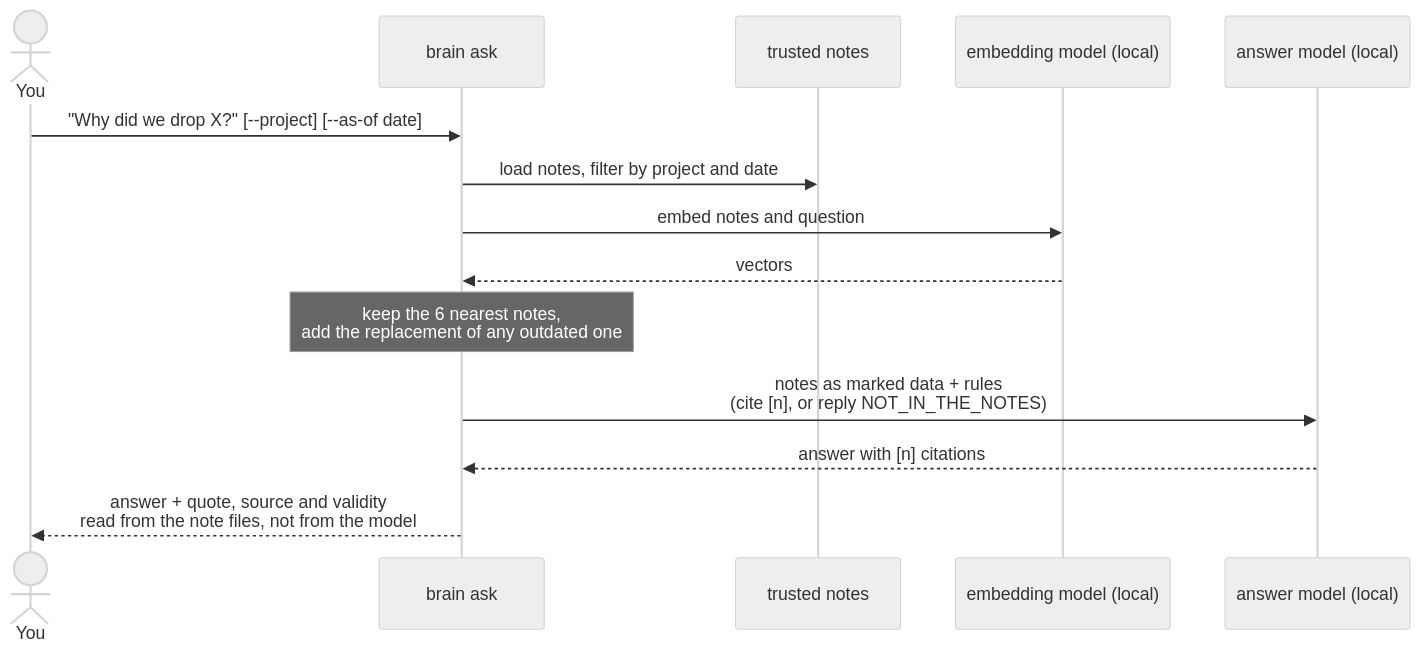
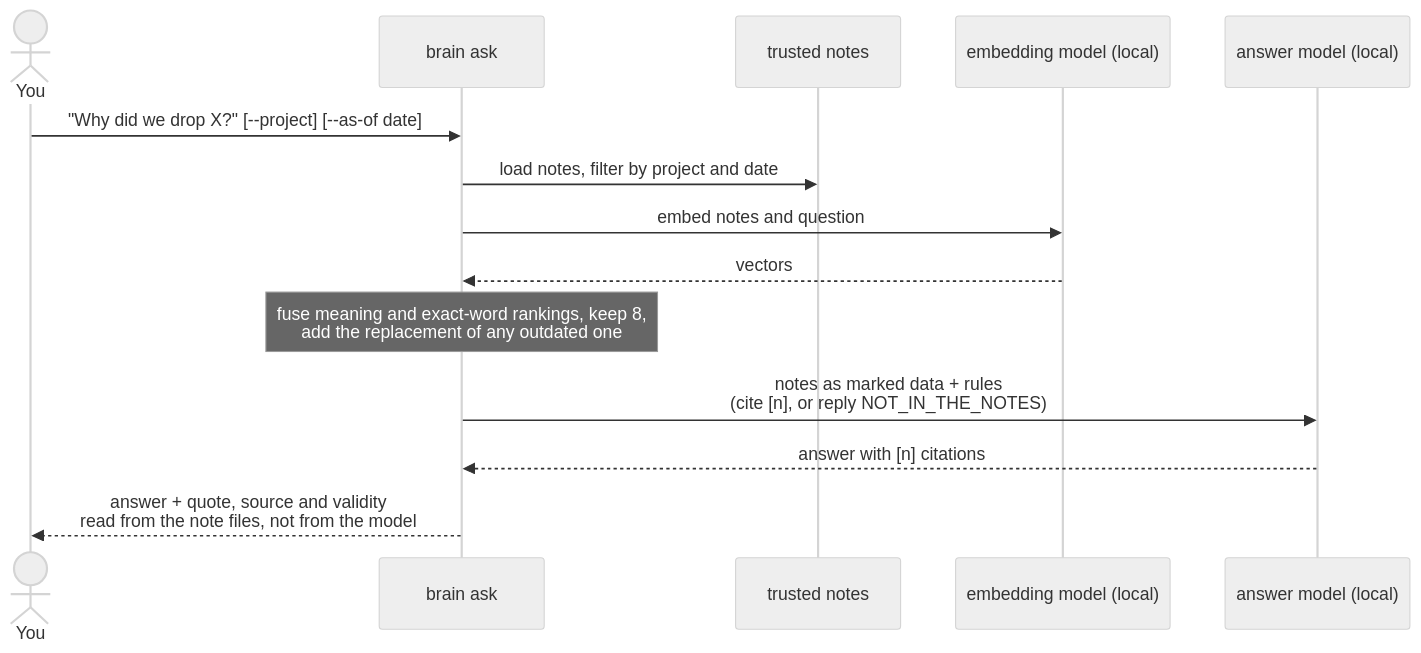
Before and after one commit to hhovhann/second-brain: the first of 2 diagrams in docs/ARCHITECTURE.md, drawn with Mermaid (neutral theme). The commit also changed other lines of this file and 16 other files, not shown here.

````diff
--- a/docs/ARCHITECTURE.md
+++ b/docs/ARCHITECTURE.md
@@ -19,16 +19,16 @@
 ```mermaid
 sequenceDiagram
     actor You
     participant B as brain ask
     participant N as trusted notes
     participant E as embedding model (local)
     participant L as answer model (local)
     You->>B: "Why did we drop X?"  [--project] [--as-of date]
     B->>N: load notes, filter by project and date
     B->>E: embed notes and question
     E-->>B: vectors
-    Note over B: keep the 6 nearest notes,<br/>add the replacement of any outdated one
+    Note over B: fuse meaning and exact-word rankings, keep 8,<br/>add the replacement of any outdated one
     B->>L: notes as marked data + rules<br/>(cite [n], or reply NOT_IN_THE_NOTES)
     L-->>B: answer with [n] citations
     B-->>You: answer + quote, source and validity<br/>read from the note files, not from the model
 ```
````
